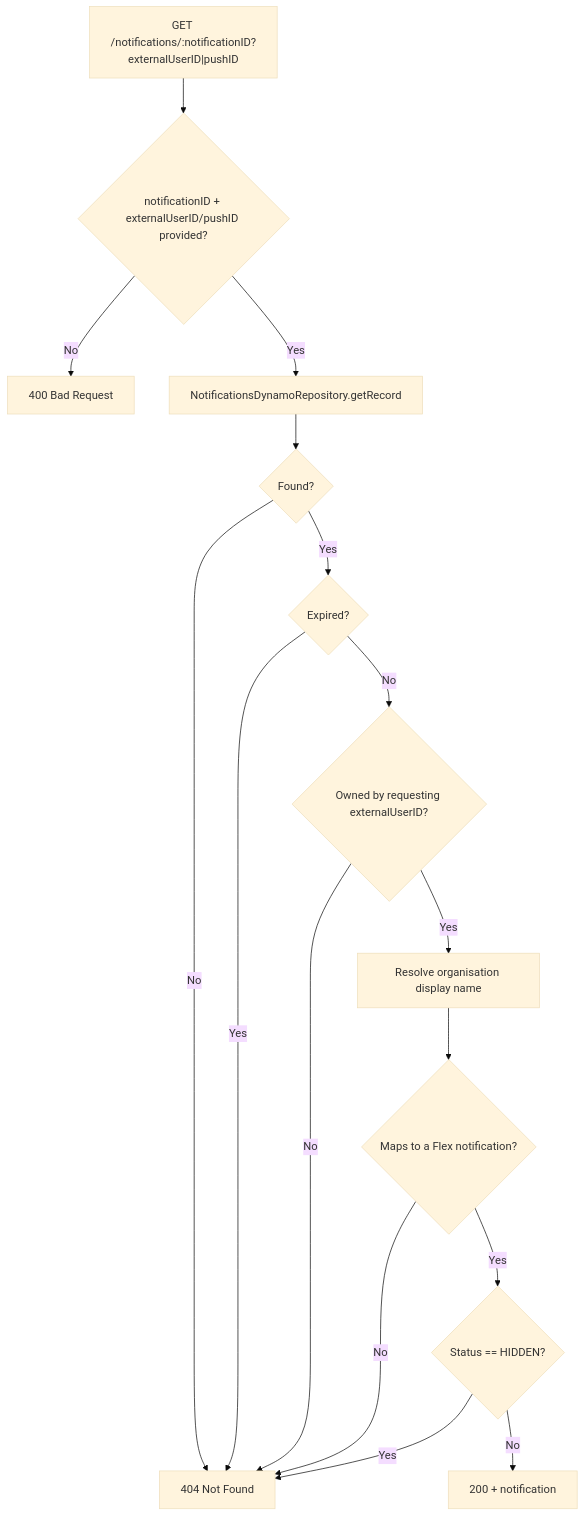
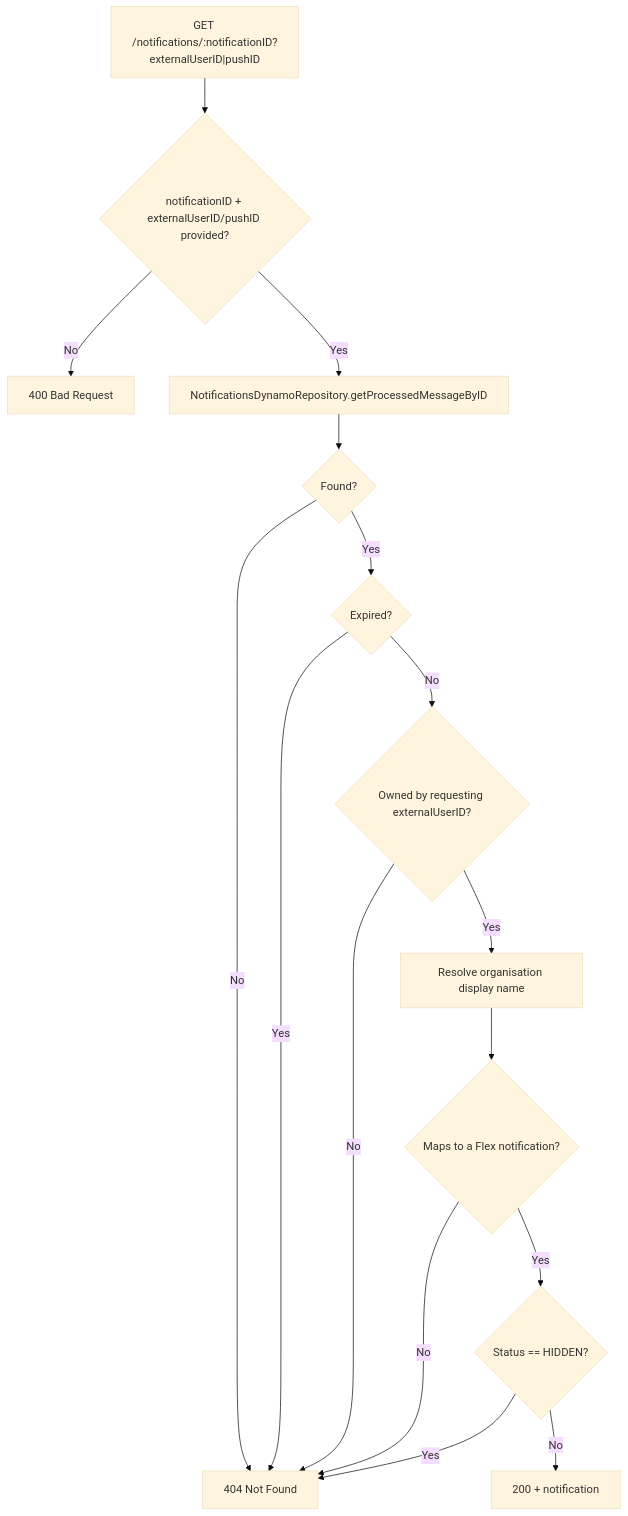
Before and after one commit to govuk-once/gds-unified-notification-service: the diagram in src/lambdas/flex/http.getNotificationById/README.md, drawn with Mermaid (base theme). The commit also changed 9 other files, not shown here.

````diff
--- a/src/lambdas/flex/http.getNotificationById/README.md
+++ b/src/lambdas/flex/http.getNotificationById/README.md
@@ -27,18 +27,18 @@
 ```mermaid
 flowchart TD
     A["GET /notifications/:notificationID?externalUserID|pushID"] --> B{notificationID + externalUserID/pushID provided?}
     B -- No --> C[400 Bad Request]
-    B -- Yes --> D[NotificationsDynamoRepository.getRecord]
+    B -- Yes --> D[NotificationsDynamoRepository.getProcessedMessageByID]
     D --> E{Found?}
     E -- No --> F[404 Not Found]
     E -- Yes --> G{Expired?}
     G -- Yes --> F
     G -- No --> H{Owned by requesting externalUserID?}
     H -- No --> F
     H -- Yes --> I[Resolve organisation display name]
     I --> J{Maps to a Flex notification?}
     J -- No --> F
     J -- Yes --> K{Status == HIDDEN?}
     K -- Yes --> F
     K -- No --> L[200 + notification]
 ```
````
